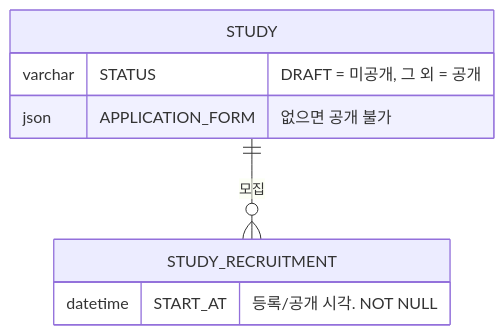
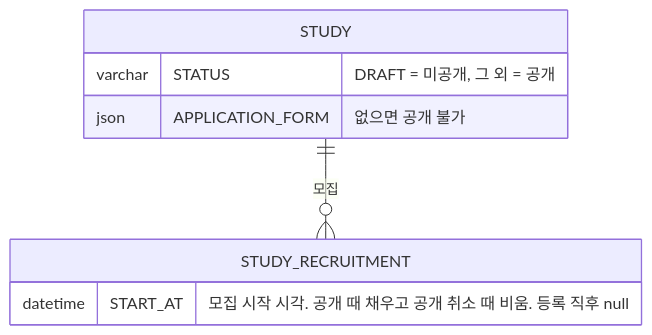
The second of 2 diagrams in 01-planning/stories/captain-publish-study/PRD.md (StudyClub-PlusPlus/studyclub-engineering), drawn with Mermaid before and after one commit. The commit also changed other lines of this file and 21 other files, not shown here.

````diff
--- a/01-planning/stories/captain-publish-study/PRD.md
+++ b/01-planning/stories/captain-publish-study/PRD.md
@@ -93,11 +93,11 @@
 ```mermaid
 erDiagram
   STUDY ||--o{ STUDY_RECRUITMENT : "모집"
   STUDY {
     varchar STATUS "DRAFT = 미공개, 그 외 = 공개"
     json APPLICATION_FORM "없으면 공개 불가"
   }
   STUDY_RECRUITMENT {
-    datetime START_AT "등록/공개 시각. NOT NULL"
+    datetime START_AT "모집 시작 시각. 공개 때 채우고 공개 취소 때 비움. 등록 직후 null"
   }
 ```
````
